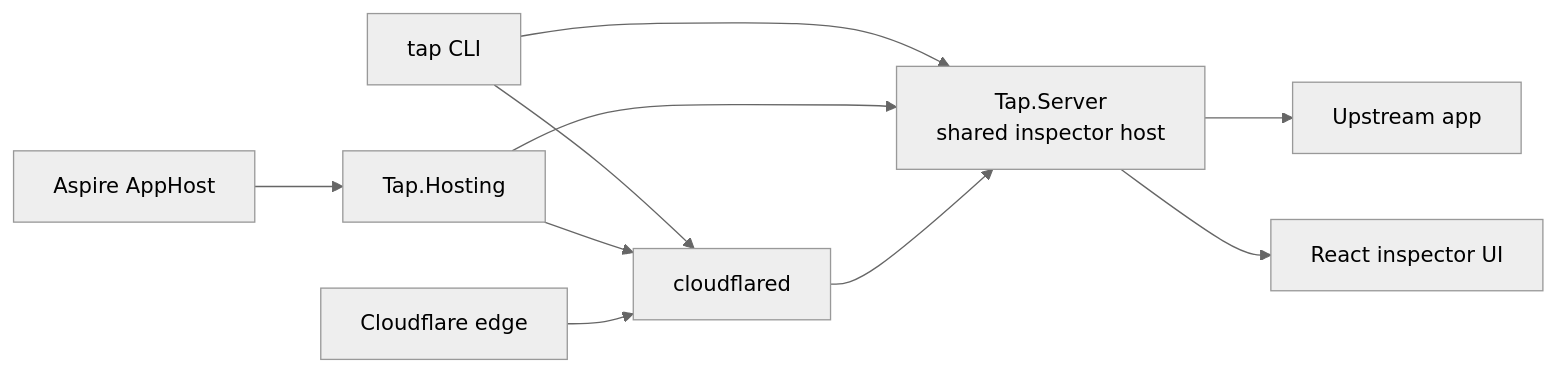
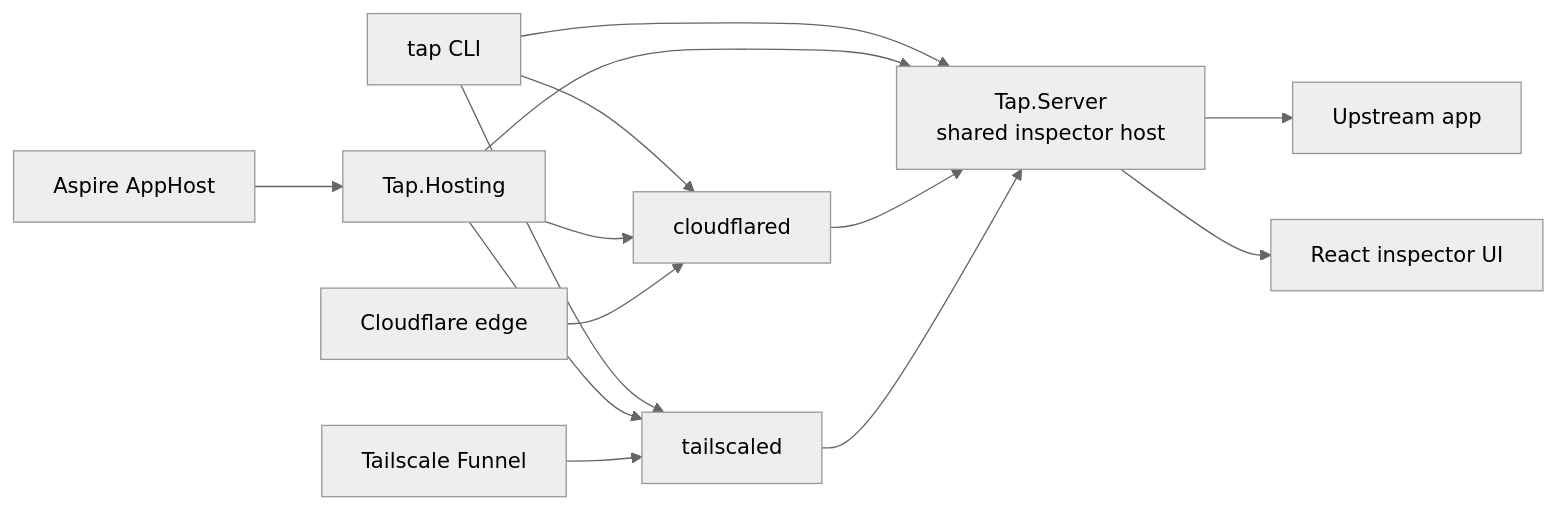
Before and after one commit to philbir/tap: the first of 6 diagrams in docs/ARCHITECTURE.md, drawn with Mermaid (neutral theme). The commit also changed other lines of this file and 37 other files, not shown here.

````diff
--- a/docs/ARCHITECTURE.md
+++ b/docs/ARCHITECTURE.md
@@ -5,20 +5,26 @@
 ```mermaid
 flowchart LR
     CLI["tap CLI"]
     Aspire["Aspire AppHost"]
     Server["Tap.Server\nshared inspector host"]
     UI["React inspector UI"]
     Upstream["Upstream app"]
     Cloudflare["Cloudflare edge"]
     Cloudflared["cloudflared"]
+    TSEdge["Tailscale Funnel"]
+    Tailscaled["tailscaled"]
 
     CLI --> Server
     Aspire --> Hosting["Tap.Hosting"]
     Hosting --> Server
     CLI --> Cloudflared
     Hosting --> Cloudflared
     Cloudflare --> Cloudflared
     Cloudflared --> Server
+    CLI --> Tailscaled
+    Hosting --> Tailscaled
+    TSEdge --> Tailscaled
+    Tailscaled --> Server
     Server --> Upstream
     Server --> UI
 ```
````
